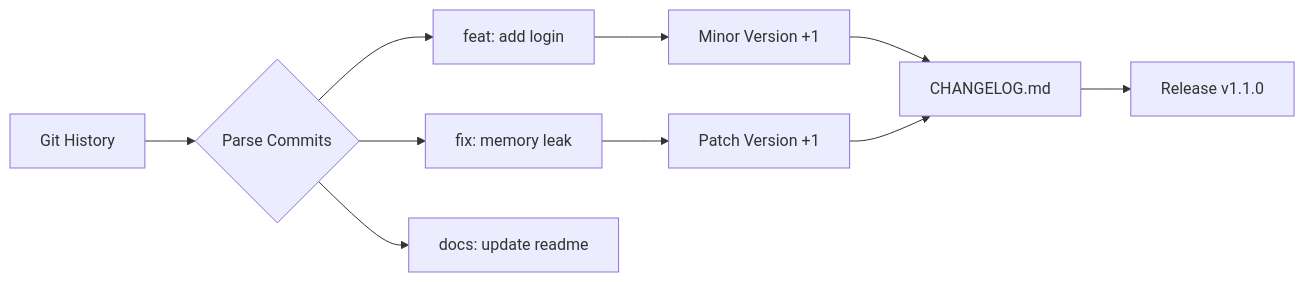
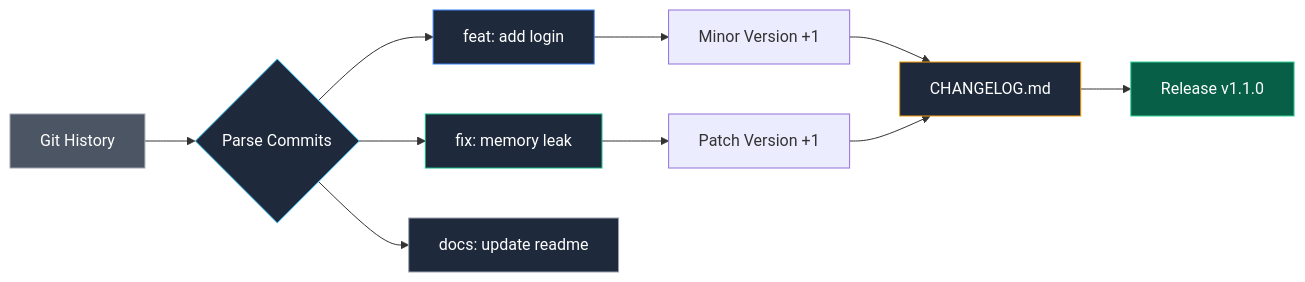
The diagram in sources/8. Инфраструктура языка, Тулинг и CI_CD/39. Changelog и semantic release.md (UnrealTemplier/go-textbook), drawn with Mermaid before and after one commit. The commit also changed other lines of this file, not shown here.

````diff
--- a/sources/8. Инфраструктура языка, Тулинг и CI_CD/39. Changelog и semantic release.md
+++ b/sources/8. Инфраструктура языка, Тулинг и CI_CD/39. Changelog и semantic release.md
@@ -20,16 +25,24 @@
 ```mermaid
 flowchart LR
     A["Git History"] --> B{"Parse Commits"}
     
     B --> C["feat: add login"]
     B --> D["fix: memory leak"]
     B --> E["docs: update readme"]
     
     C --> F["Minor Version +1"]
     D --> G["Patch Version +1"]
     
     F --> H["CHANGELOG.md"]
     G --> H
     
     H --> I["Release v1.1.0"]
+    
+    style A fill:#4b5563,stroke:#9ca3af,color:#fff
+    style B fill:#1e293b,stroke:#38bdf8,color:#fff
+    style C fill:#1e293b,stroke:#3b82f6,color:#fff
+    style D fill:#1e293b,stroke:#10b981,color:#fff
+    style E fill:#1e293b,stroke:#9ca3af,color:#fff
+    style H fill:#1e293b,stroke:#f59e0b,color:#fff
+    style I fill:#065f46,stroke:#34d399,color:#fff
 ```
````
